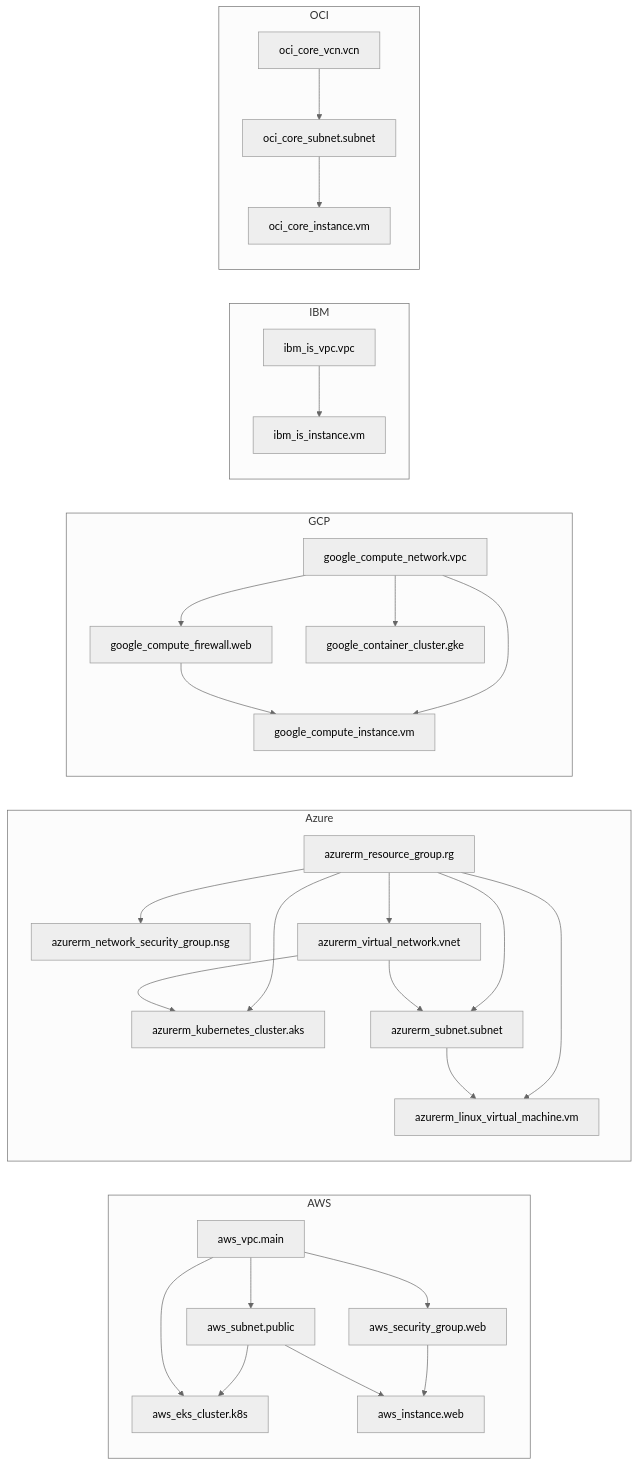
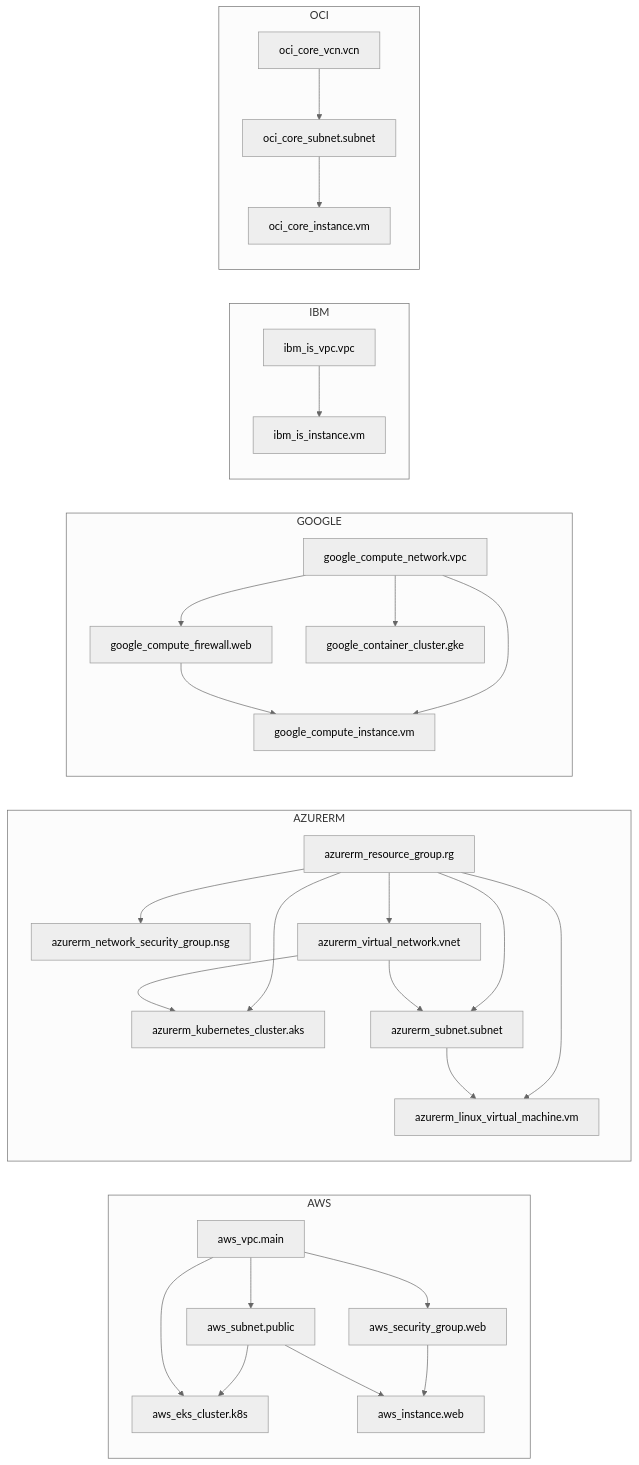
The diagram in examples/terraform/multi-cloud-complex/architecture-diagram.md (suryakumaran2611/auto-arch-diagram), drawn with Mermaid (neutral theme) before and after one commit. The commit also changed 2188 other files, not shown here.

````diff
--- a/examples/terraform/multi-cloud-complex/architecture-diagram.md
+++ b/examples/terraform/multi-cloud-complex/architecture-diagram.md
@@ -7,54 +7,54 @@
 ```mermaid
 flowchart LR
 subgraph AWS[AWS]
   tf_aws_eks_cluster_k8s["aws_eks_cluster.k8s"]
   tf_aws_instance_web["aws_instance.web"]
   tf_aws_security_group_web["aws_security_group.web"]
   tf_aws_subnet_public["aws_subnet.public"]
   tf_aws_vpc_main["aws_vpc.main"]
 end
-subgraph Azure[Azure]
+subgraph AZURERM[AZURERM]
   tf_azurerm_kubernetes_cluster_aks["azurerm_kubernetes_cluster.aks"]
   tf_azurerm_linux_virtual_machine_vm["azurerm_linux_virtual_machine.vm"]
   tf_azurerm_network_security_group_nsg["azurerm_network_security_group.nsg"]
   tf_azurerm_resource_group_rg["azurerm_resource_group.rg"]
   tf_azurerm_subnet_subnet["azurerm_subnet.subnet"]
   tf_azurerm_virtual_network_vnet["azurerm_virtual_network.vnet"]
 end
-subgraph GCP[GCP]
+subgraph GOOGLE[GOOGLE]
   tf_google_compute_firewall_web["google_compute_firewall.web"]
   tf_google_compute_instance_vm["google_compute_instance.vm"]
   tf_google_compute_network_vpc["google_compute_network.vpc"]
   tf_google_container_cluster_gke["google_container_cluster.gke"]
 end
 subgraph IBM[IBM]
   tf_ibm_is_instance_vm["ibm_is_instance.vm"]
   tf_ibm_is_vpc_vpc["ibm_is_vpc.vpc"]
 end
 subgraph OCI[OCI]
   tf_oci_core_instance_vm["oci_core_instance.vm"]
   tf_oci_core_subnet_subnet["oci_core_subnet.subnet"]
   tf_oci_core_vcn_vcn["oci_core_vcn.vcn"]
 end
 tf_aws_security_group_web --> tf_aws_instance_web
 tf_aws_subnet_public --> tf_aws_eks_cluster_k8s
 tf_aws_subnet_public --> tf_aws_instance_web
 tf_aws_vpc_main --> tf_aws_eks_cluster_k8s
 tf_aws_vpc_main --> tf_aws_security_group_web
 tf_aws_vpc_main --> tf_aws_subnet_public
 tf_azurerm_resource_group_rg --> tf_azurerm_kubernetes_cluster_aks
 tf_azurerm_resource_group_rg --> tf_azurerm_linux_virtual_machine_vm
 tf_azurerm_resource_group_rg --> tf_azurerm_network_security_group_nsg
 tf_azurerm_resource_group_rg --> tf_azurerm_subnet_subnet
 tf_azurerm_resource_group_rg --> tf_azurerm_virtual_network_vnet
 tf_azurerm_subnet_subnet --> tf_azurerm_linux_virtual_machine_vm
 tf_azurerm_virtual_network_vnet --> tf_azurerm_kubernetes_cluster_aks
 tf_azurerm_virtual_network_vnet --> tf_azurerm_subnet_subnet
 tf_google_compute_firewall_web --> tf_google_compute_instance_vm
 tf_google_compute_network_vpc --> tf_google_compute_firewall_web
 tf_google_compute_network_vpc --> tf_google_compute_instance_vm
 tf_google_compute_network_vpc --> tf_google_container_cluster_gke
 tf_ibm_is_vpc_vpc --> tf_ibm_is_instance_vm
 tf_oci_core_subnet_subnet --> tf_oci_core_instance_vm
 tf_oci_core_vcn_vcn --> tf_oci_core_subnet_subnet
 ```
````
